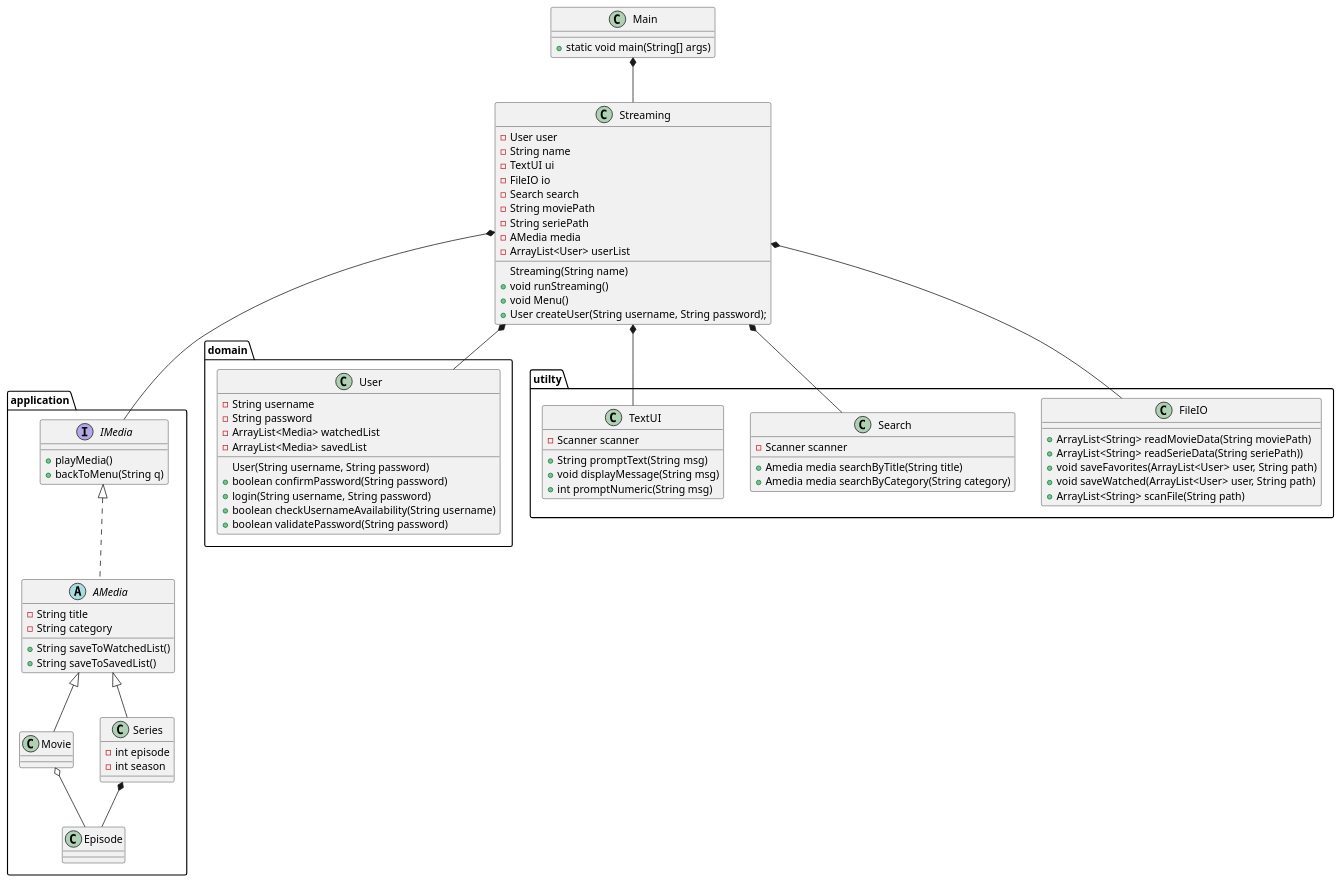
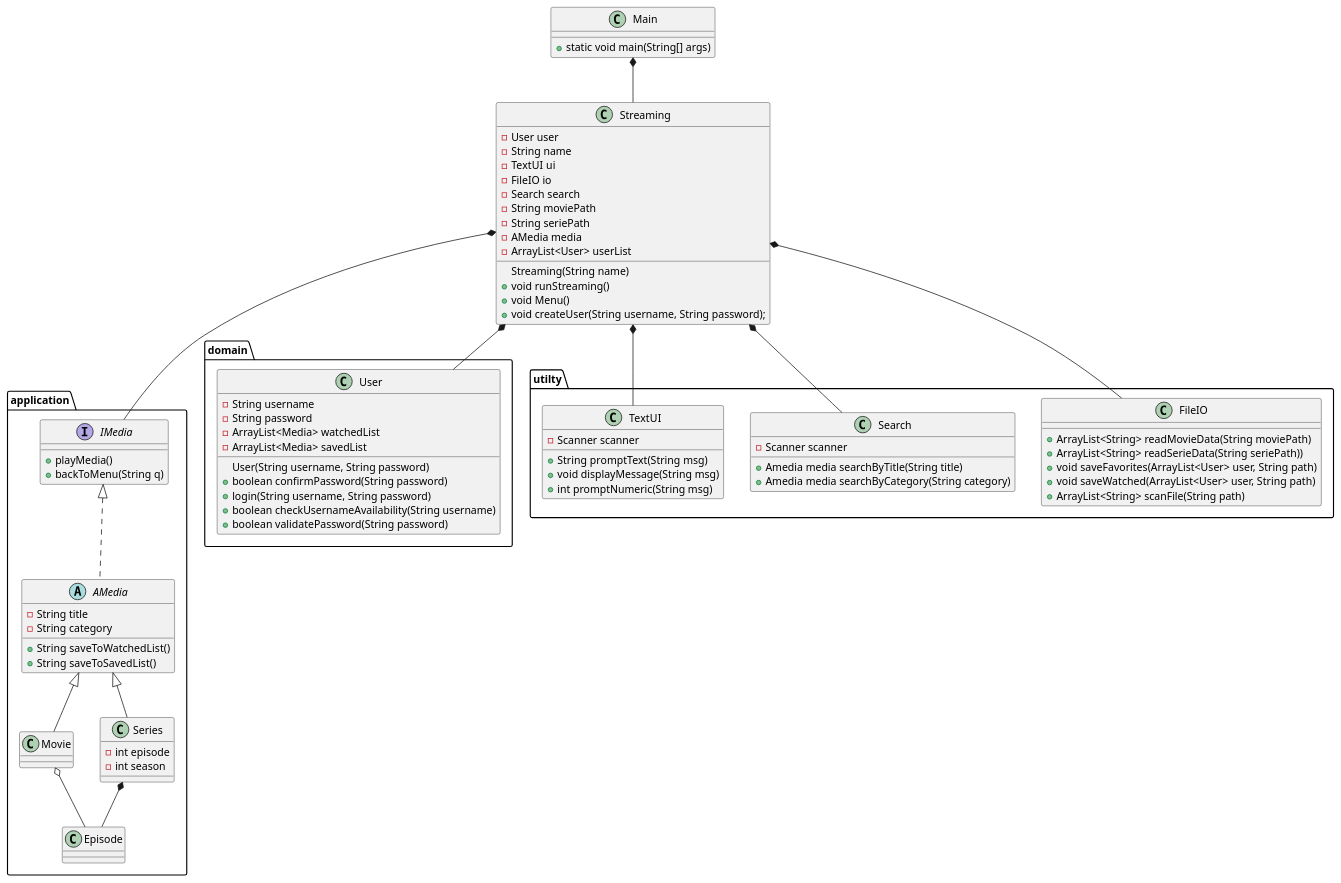
The diagram in Doc/Static/ClassDiagramv1.puml (mrPrimeBeef/Sem1-Project-MovieStream), drawn with PlantUML before and after one commit. The commit also changed 2 other files, not shown here.

```diff
--- a/Doc/Static/ClassDiagramv1.puml
+++ b/Doc/Static/ClassDiagramv1.puml
@@ -1,100 +1,100 @@
 @startuml
 
 class Main {
 + static void main(String[] args)
 }
 package application{
 interface IMedia {
 + playMedia()
 + backToMenu(String q)
 '+ pauseMedia()
 }
 
 abstract AMedia {
 - String title
 - String category
 + String saveToWatchedList()
 + String saveToSavedList()
 }
 
 class Movie {
 
 }
 
 
 class Series {
 - int episode
 - int season
 }
 class Episode{
 
 }
 }
 
 package domain{
 class User {
 - String username
 - String password
 - ArrayList<Media> watchedList
 - ArrayList<Media> savedList
 User(String username, String password)
 + boolean confirmPassword(String password)
 + login(String username, String password)
 + boolean checkUsernameAvailability(String username)
 + boolean validatePassword(String password)
 }
 }
 
 class Streaming {
 - User user
 - String name
 - TextUI ui
 - FileIO io
 - Search search
 - String moviePath
 - String seriePath
 - AMedia media
 - ArrayList<User> userList
 Streaming(String name)
 + void runStreaming()
 + void Menu()
-+ User createUser(String username, String password);
++ void createUser(String username, String password);
 }
 
 
 package utilty{
 class FileIO {
 + ArrayList<String> readMovieData(String moviePath)
 + ArrayList<String> readSerieData(String seriePath))
 + void saveFavorites(ArrayList<User> user, String path)
 + void saveWatched(ArrayList<User> user, String path)
 + ArrayList<String> scanFile(String path)
 }
 
 class Search {
 - Scanner scanner
 + Amedia media searchByTitle(String title)
 + Amedia media searchByCategory(String category)
 }
 class TextUI {
 - Scanner scanner
 + String promptText(String msg)
 + void displayMessage(String msg)
 + int promptNumeric(String msg)
 }
 }
 
 
 Main *-- Streaming
 Streaming *-- IMedia
 Streaming *-- User
 Streaming *-- Search
 Streaming *-- TextUI
 IMedia <|.. AMedia
 Streaming *-- FileIO
 AMedia <|-- Movie
 AMedia  <|-- Series
 Series *-- Episode
 Movie o-- Episode
 
 @enduml
```
